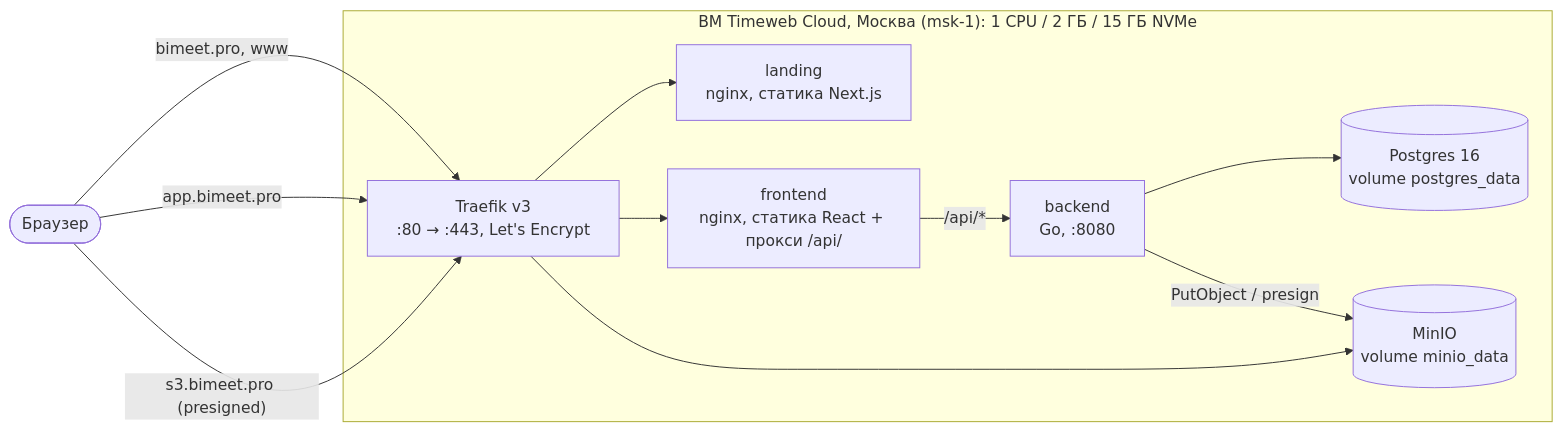
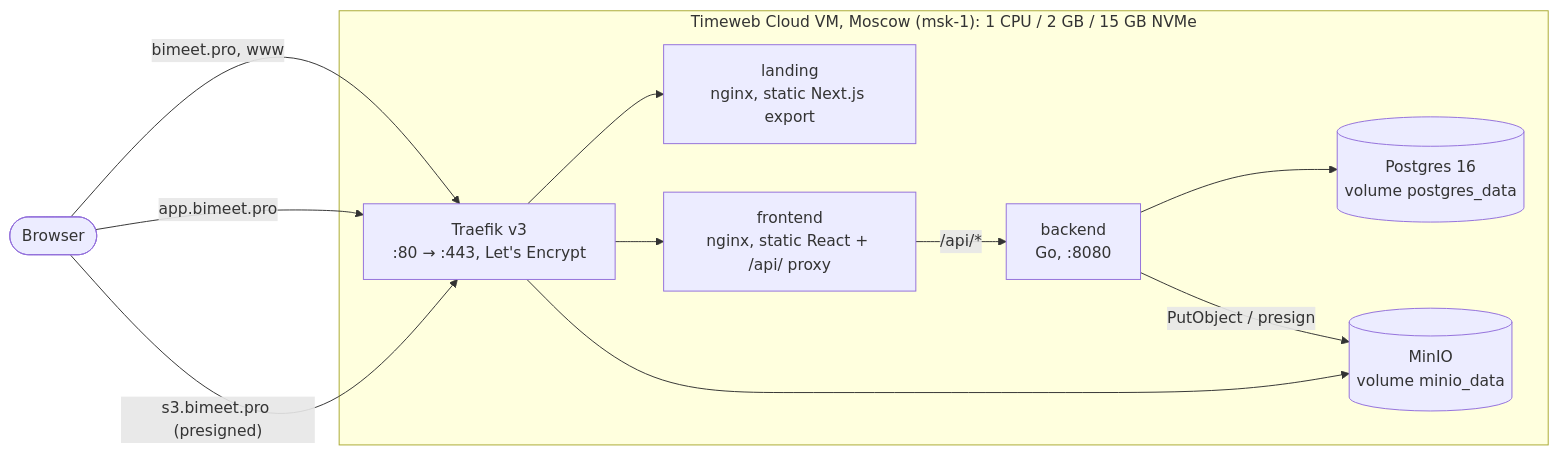
Before and after one commit to AntonSlavshchikov/bimeet: the first of 4 diagrams in docs/architecture.md, drawn with Mermaid. The commit also changed other lines of this file and 5 other files, not shown here.

First line of the commit message:
docs: translate adrs and architecture to english

````diff
--- a/docs/architecture.md
+++ b/docs/architecture.md
@@ -7,23 +7,23 @@
 ```mermaid
 flowchart LR
-    user([Браузер])
+    user([Browser])
 
-    subgraph vm["ВМ Timeweb Cloud, Москва (msk-1): 1 CPU / 2 ГБ / 15 ГБ NVMe"]
+    subgraph vm["Timeweb Cloud VM, Moscow (msk-1): 1 CPU / 2 GB / 15 GB NVMe"]
         traefik["Traefik v3<br/>:80 → :443, Let's Encrypt"]
-        landing["landing<br/>nginx, статика Next.js"]
-        frontend["frontend<br/>nginx, статика React + прокси /api/"]
+        landing["landing<br/>nginx, static Next.js export"]
+        frontend["frontend<br/>nginx, static React + /api/ proxy"]
         backend["backend<br/>Go, :8080"]
         postgres[("Postgres 16<br/>volume postgres_data")]
         minio[("MinIO<br/>volume minio_data")]
     end
 
     user -- "bimeet.pro, www" --> traefik
     user -- "app.bimeet.pro" --> traefik
     user -- "s3.bimeet.pro (presigned)" --> traefik
     traefik --> landing
     traefik --> frontend
     traefik --> minio
     frontend -- "/api/*" --> backend
     backend --> postgres
     backend -- "PutObject / presign" --> minio
 ```
````
